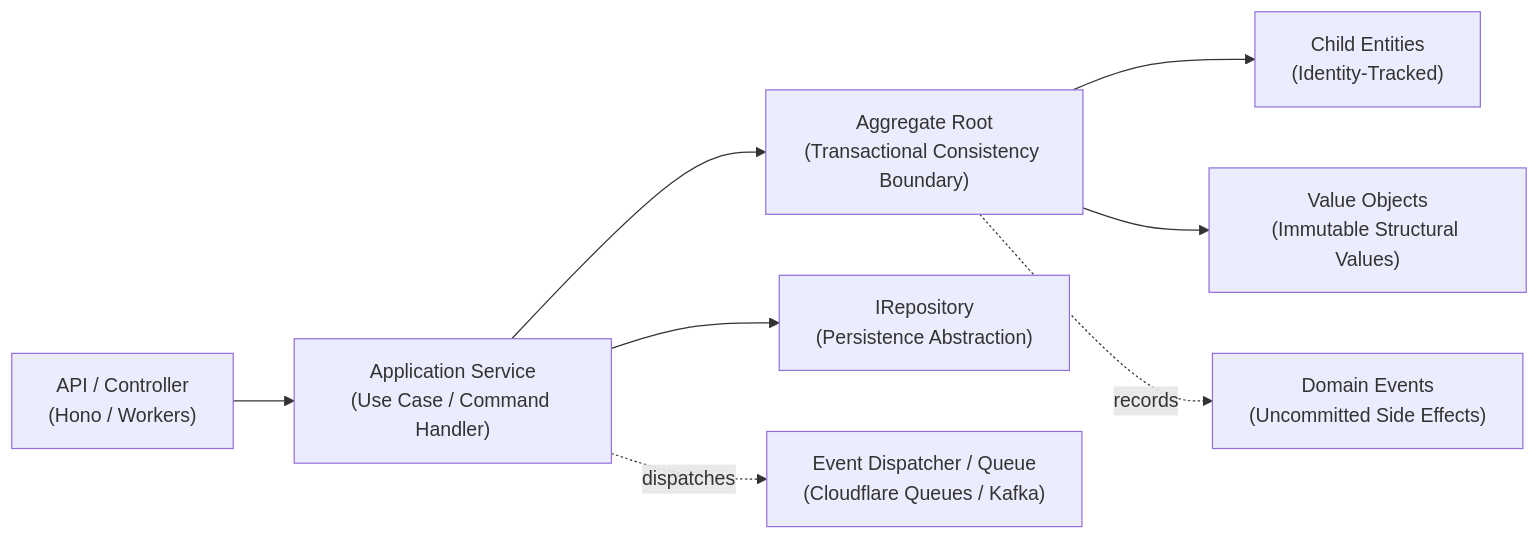
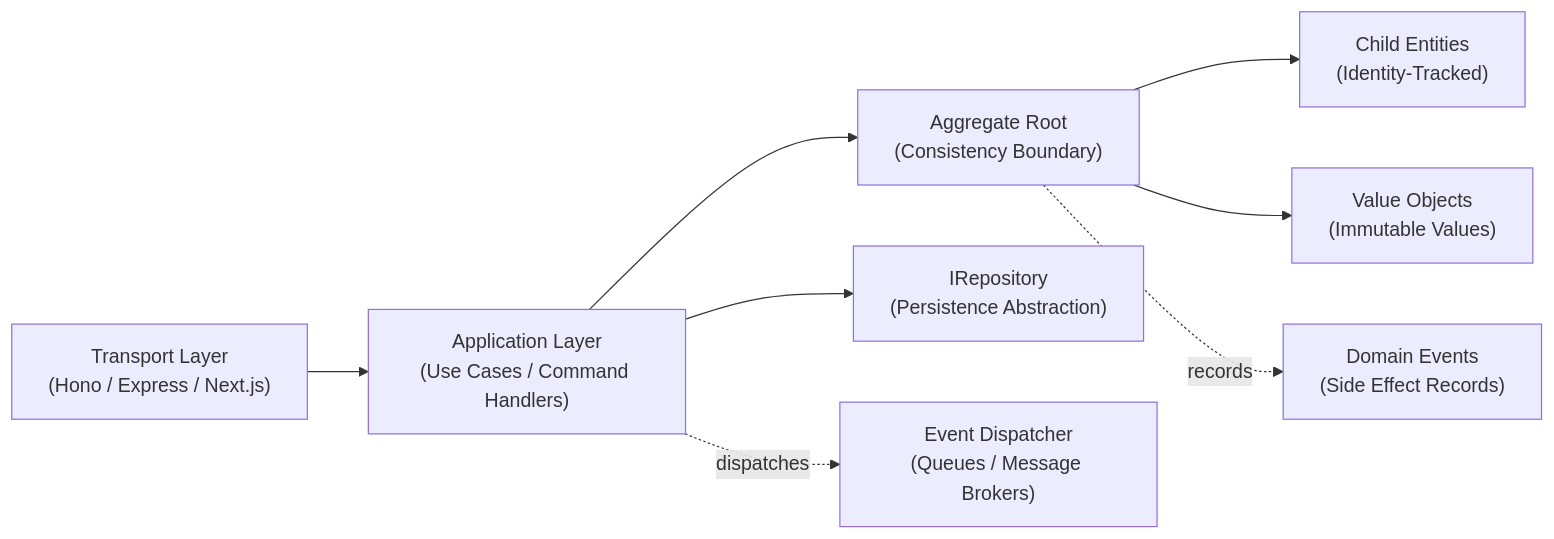
The diagram in README.md (Banksia-Corp/domain-objects), drawn with Mermaid before and after one commit. The commit also changed other lines of this file and 12 other files, not shown here.

````diff
--- a/README.md
+++ b/README.md
@@ -56,10 +69,10 @@
 ```mermaid
 flowchart LR
-    Transport["API / Controller\n(Hono / Workers)"] --> AppService["Application Service\n(Use Case / Command Handler)"]
-    AppService --> Aggregate["Aggregate Root\n(Transactional Consistency Boundary)"]
+    Transport["Transport Layer\n(Hono / Express / Next.js)"] --> AppService["Application Layer\n(Use Cases / Command Handlers)"]
+    AppService --> Aggregate["Aggregate Root\n(Consistency Boundary)"]
     Aggregate --> ChildEntities["Child Entities\n(Identity-Tracked)"]
-    Aggregate --> ValueObjects["Value Objects\n(Immutable Structural Values)"]
-    Aggregate -. records .-> DomainEvents["Domain Events\n(Uncommitted Side Effects)"]
-    AppService --> Repository["IRepository<T>\n(Persistence Abstraction)"]
-    AppService -. dispatches .-> EventBus["Event Dispatcher / Queue\n(Cloudflare Queues / Kafka)"]
+    Aggregate --> ValueObjects["Value Objects\n(Immutable Values)"]
+    Aggregate -. records .-> DomainEvents["Domain Events\n(Side Effect Records)"]
+    AppService --> Repository["IRepository\n(Persistence Abstraction)"]
+    AppService -. dispatches .-> EventBus["Event Dispatcher\n(Queues / Message Brokers)"]
 ```
````
